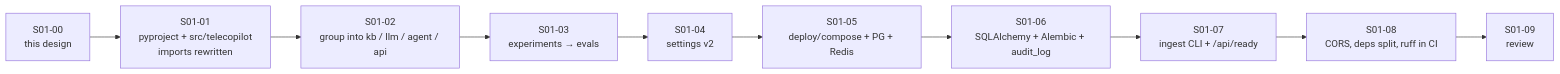
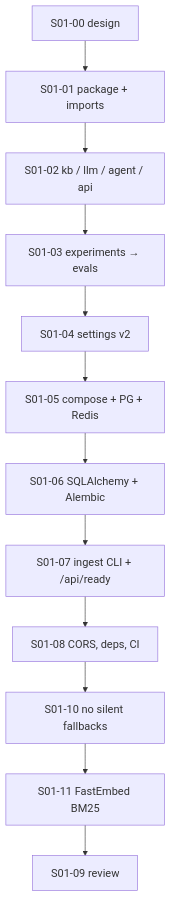
The fifth of 5 diagrams in docs/design/M0-foundation.md (Ziadashraf301/TeleCopilot-AI), drawn with Mermaid before and after one commit. The commit also changed other lines of this file and 2 other files, not shown here.

Commit message:
S01-09: Readable M0 diagrams, design-pack diagram rules, S02-05 housekeeping ticket, Arabic learning guide

````diff
--- a/docs/design/M0-foundation.md
+++ b/docs/design/M0-foundation.md
@@ -235,12 +241,15 @@
 ```mermaid
-flowchart LR
-  s0["S01-00<br/>this design"] --> s1["S01-01<br/>pyproject + src/telecopilot<br/>imports rewritten"]
-  s1 --> s2["S01-02<br/>group into kb / llm / agent / api"]
-  s2 --> s3["S01-03<br/>experiments → evals"]
-  s3 --> s4["S01-04<br/>settings v2"]
-  s4 --> s5["S01-05<br/>deploy/compose + PG + Redis"]
-  s5 --> s6["S01-06<br/>SQLAlchemy + Alembic + audit_log"]
-  s6 --> s7["S01-07<br/>ingest CLI + /api/ready"]
-  s7 --> s8["S01-08<br/>CORS, deps split, ruff in CI"]
-  s8 --> s9["S01-09<br/>review"]
+%%{init: {"themeVariables": {"fontSize": "18px"}}}%%
+flowchart TB
+  s0["S01-00 design"] --> s1["S01-01 package + imports"]
+  s1 --> s2["S01-02 kb / llm / agent / api"]
+  s2 --> s3["S01-03 experiments → evals"]
+  s3 --> s4["S01-04 settings v2"]
+  s4 --> s5["S01-05 compose + PG + Redis"]
+  s5 --> s6["S01-06 SQLAlchemy + Alembic"]
+  s6 --> s7["S01-07 ingest CLI + /api/ready"]
+  s7 --> s8["S01-08 CORS, deps, CI"]
+  s8 --> s10["S01-10 no silent fallbacks"]
+  s10 --> s11["S01-11 FastEmbed BM25"]
+  s11 --> s9["S01-09 review"]
 ```
````
